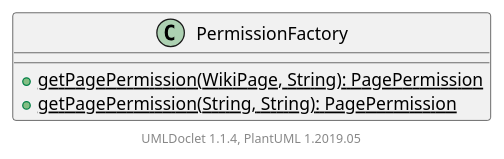
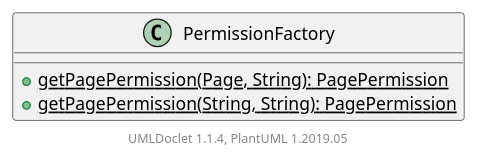
Before and after one commit to apache/jspwiki-site: the diagram in apidocs/2.11.0.M7-SNAPSHOT/org/apache/wiki/auth/permissions/PermissionFactory.puml, drawn with PlantUML. The commit also changed 2126 other files, not shown here.

```diff
--- a/apidocs/2.11.0.M7-SNAPSHOT/org/apache/wiki/auth/permissions/PermissionFactory.puml
+++ b/apidocs/2.11.0.M7-SNAPSHOT/org/apache/wiki/auth/permissions/PermissionFactory.puml
@@ -1,10 +1,10 @@
 @startuml
 
     class PermissionFactory [[PermissionFactory.html]] {
-        {static} +getPagePermission(WikiPage, String): PagePermission
+        {static} +getPagePermission(Page, String): PagePermission
         {static} +getPagePermission(String, String): PagePermission
     }
 
 
     center footer UMLDoclet 1.1.4, PlantUML 1.2019.05
 @enduml
```
